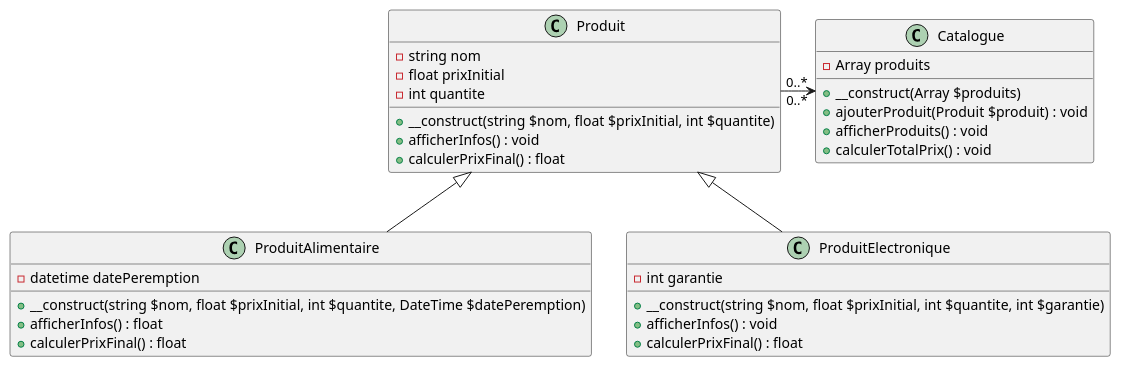
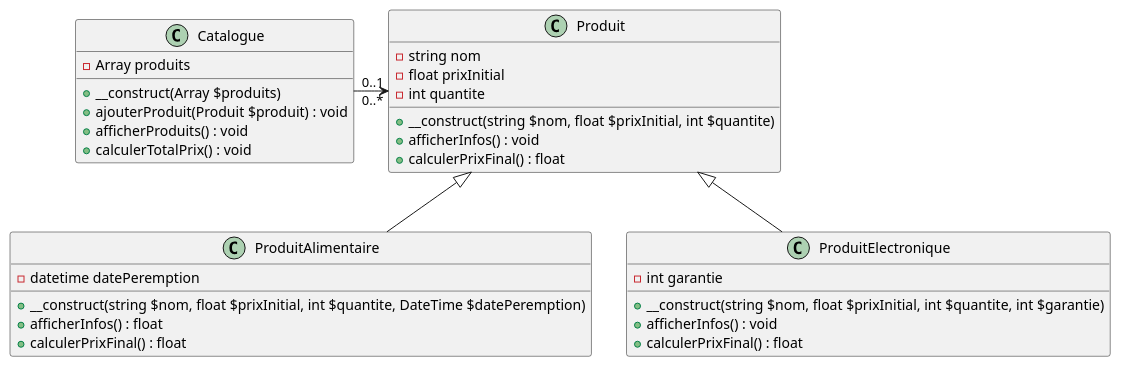
Before and after one commit to ThomasTZTM/CatalogueProduit: the diagram in Diagramme de classe.puml, drawn with PlantUML. The commit also changed 8 other files, not shown here.

```diff
--- a/Diagramme de classe.puml
+++ b/Diagramme de classe.puml
@@ -1,43 +1,43 @@
 @startuml
 class Produit {
   - string nom
   - float prixInitial
   - int quantite
 
   + __construct(string $nom, float $prixInitial, int $quantite)
   + afficherInfos() : void
   + calculerPrixFinal() : float
 }
 
 class ProduitAlimentaire {
   - datetime datePeremption
 
   + __construct(string $nom, float $prixInitial, int $quantite, DateTime $datePeremption)
   + afficherInfos() : float
   + calculerPrixFinal() : float
 
   }
 
 class ProduitElectronique {
   - int garantie
 
   + __construct(string $nom, float $prixInitial, int $quantite, int $garantie)
   + afficherInfos() : void
   + calculerPrixFinal() : float
 }
 
 
 class Catalogue {
   - Array produits
 
   + __construct(Array $produits)
   + ajouterProduit(Produit $produit) : void
   + afficherProduits() : void
   + calculerTotalPrix() : void
 }
 
 Produit <|-- ProduitAlimentaire
 Produit <|-- ProduitElectronique
-Produit "0..*" -> "0..*" Catalogue
+Catalogue "0..1" -> "0..*" Produit
 
 @enduml
```
